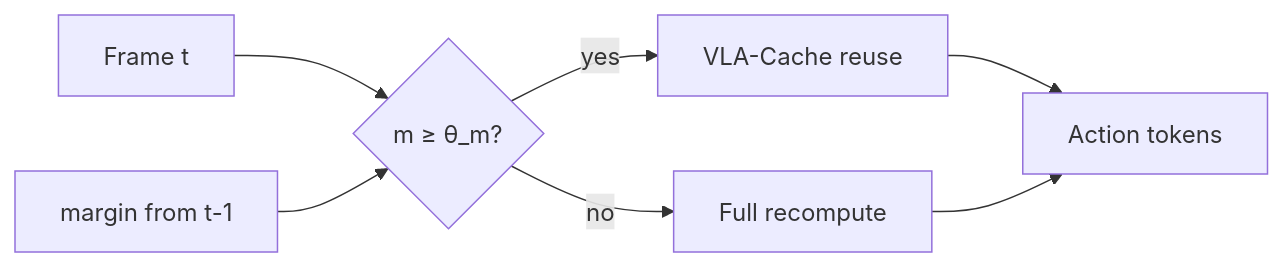
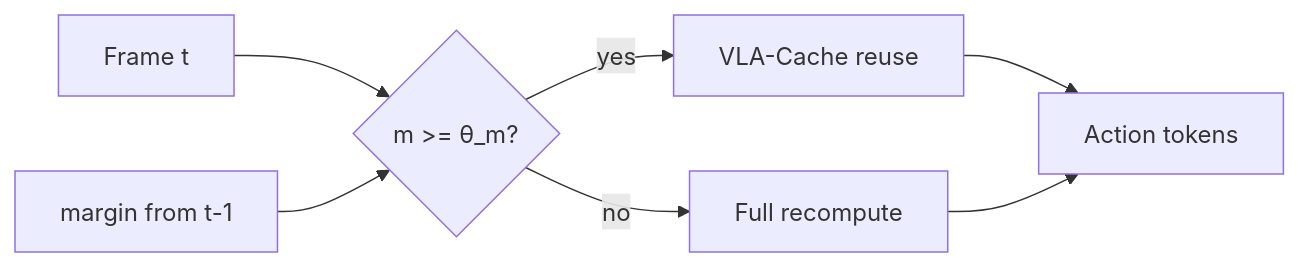
The first of 2 diagrams in wiki/entities/paper-neural-introspection-gating.md (ImChong/Robotics_Notebooks), drawn with Mermaid before and after one commit. The commit also changed other lines of this file and 192 other files, not shown here.

Commit message:
[2026-11-14] ingest | roadmap/depth-vla.md — 补齐 VLA 纵深路线全部节点原文证据与满分健康度

````diff
--- a/wiki/entities/paper-neural-introspection-gating.md
+++ b/wiki/entities/paper-neural-introspection-gating.md
@@ -81,13 +87,13 @@
 ```mermaid
 flowchart LR
-  Img[Frame t]
-  M[margin from t-1]
-  Gate{m ≥ θ_m?}
-  Cache[VLA-Cache reuse]
-  Full[Full recompute]
-  Act[Action tokens]
+  Img["Frame t"]
+  M["margin from t-1"]
+  Gate{"m >= θ_m?"}
+  Cache["VLA-Cache reuse"]
+  Full["Full recompute"]
+  Act["Action tokens"]
   Img --> Gate
   M --> Gate
   Gate -->|yes| Cache --> Act
   Gate -->|no| Full --> Act
 ```
````
